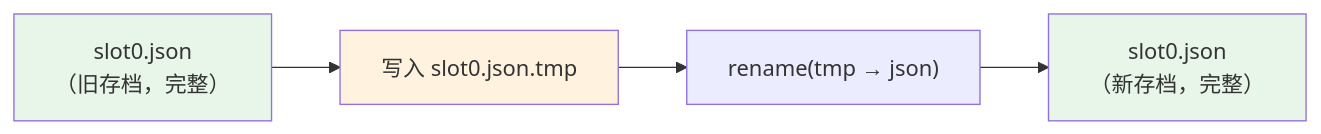
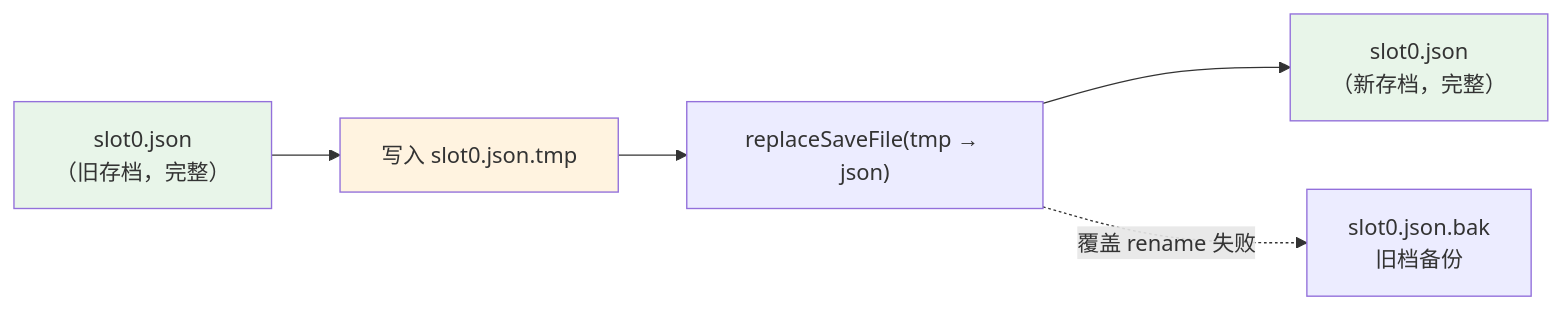
The fourth of 5 diagrams in docs/tutorial/multi-thread/09-background-save-io.md (WispSnow/TinyFarmRPG), drawn with Mermaid before and after one commit. The commit also changed other lines of this file and 15 other files, not shown here.

````diff
--- a/docs/tutorial/multi-thread/09-background-save-io.md
+++ b/docs/tutorial/multi-thread/09-background-save-io.md
@@ -273,10 +256,11 @@
 ```mermaid
 flowchart LR
     A["slot0.json<br/>（旧存档，完整）"] --> B["写入 slot0.json.tmp"]
-    B --> C["rename(tmp → json)"]
+    B --> C["replaceSaveFile(tmp → json)"]
     C --> D["slot0.json<br/>（新存档，完整）"]
+    C -. "覆盖 rename 失败" .-> E["slot0.json.bak<br/>旧档备份"]
 
     style A fill:#e8f5e9
     style D fill:#e8f5e9
     style B fill:#fff3e0
 ```
````
